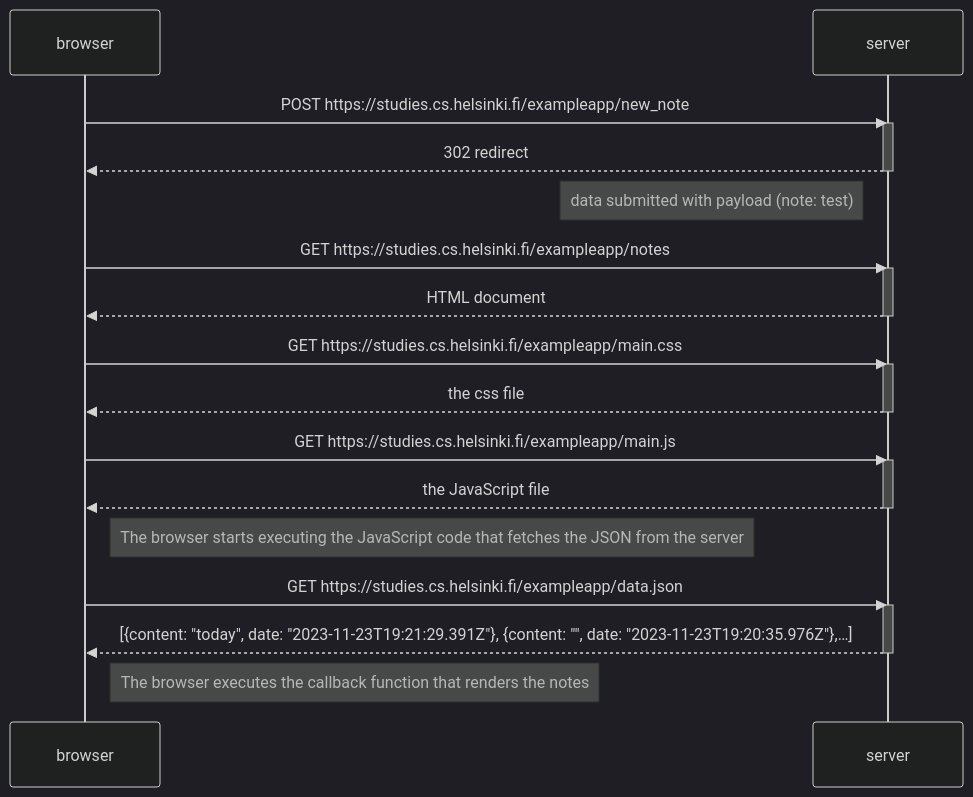
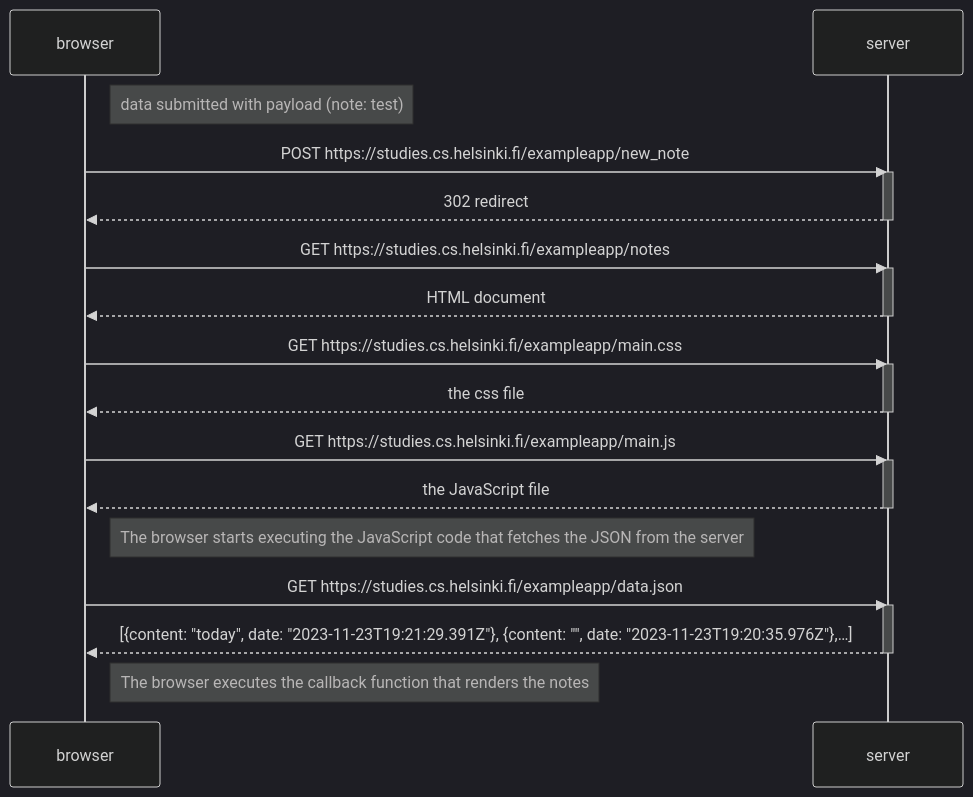
One commit to ismailvohra/fullstackopen changed the diagram in part0/0.4_new_note_diagram.md. Above: the diagram before and after it, drawn with Mermaid (dark theme).

````diff
--- a/part0/0.4_new_note_diagram.md
+++ b/part0/0.4_new_note_diagram.md
@@ -1,37 +1,38 @@
 ```mermaid
 sequenceDiagram
     participant browser
     participant server
+
+    Note right of browser: data submitted with payload (note: test)
 
     browser->>server: POST https://studies.cs.helsinki.fi/exampleapp/new_note
     activate server
     server-->>browser: 302 redirect
     deactivate server
 
-    Note left of server: data submitted with payload (note: test)
 
     browser->>server: GET https://studies.cs.helsinki.fi/exampleapp/notes
     activate server
     server-->>browser: HTML document
     deactivate server
 
     browser->>server: GET https://studies.cs.helsinki.fi/exampleapp/main.css
     activate server
     server-->>browser: the css file
     deactivate server
 
     browser->>server: GET https://studies.cs.helsinki.fi/exampleapp/main.js
     activate server
     server-->>browser: the JavaScript file
     deactivate server
 
     Note right of browser: The browser starts executing the JavaScript code that fetches the JSON from the server
 
     browser->>server: GET https://studies.cs.helsinki.fi/exampleapp/data.json
     activate server
     server-->>browser: [{content: "today", date: "2023-11-23T19:21:29.391Z"}, {content: "", date: "2023-11-23T19:20:35.976Z"},…]
     deactivate server
 
     Note right of browser: The browser executes the callback function that renders the notes
 
 ```
````
